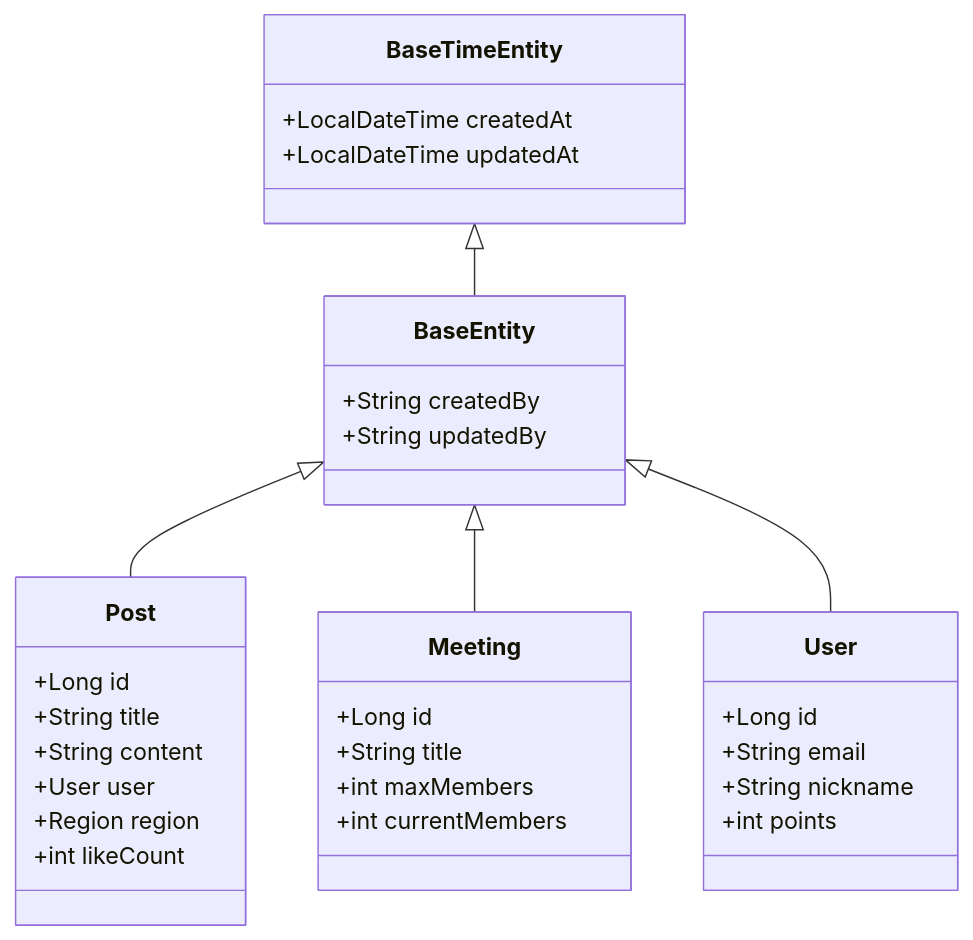
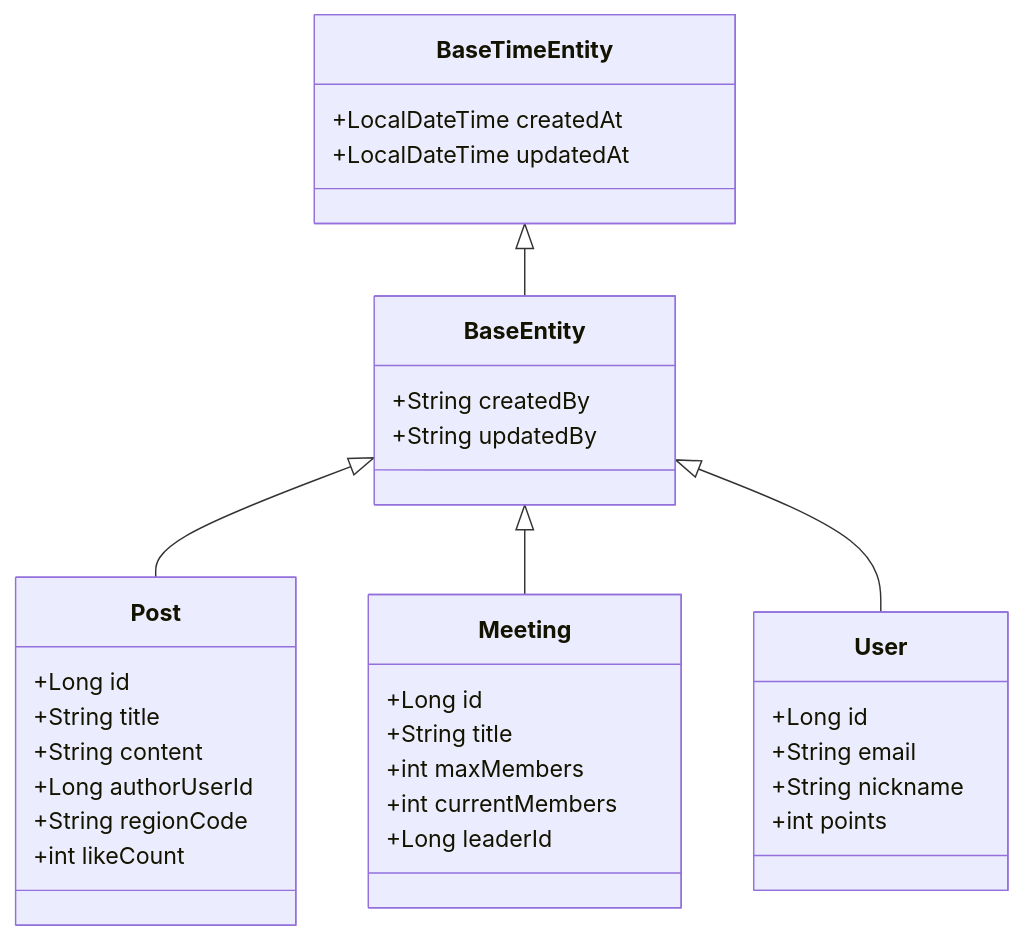
One commit to beginner0107/eventitta changed the first of 9 diagrams in docs/ARCHITECTURE.md. Above: the diagram before and after it, drawn with Mermaid. The commit also changed other lines of this file and 949 other files, not shown here.

````diff
--- a/docs/ARCHITECTURE.md
+++ b/docs/ARCHITECTURE.md
@@ -67,40 +64,41 @@
 ```mermaid
 classDiagram
     class BaseTimeEntity {
         +LocalDateTime createdAt
         +LocalDateTime updatedAt
     }
 
     class BaseEntity {
         +String createdBy
         +String updatedBy
     }
 
     class Post {
         +Long id
         +String title
         +String content
-        +User user
-        +Region region
+        +Long authorUserId
+        +String regionCode
         +int likeCount
     }
 
     class User {
         +Long id
         +String email
         +String nickname
         +int points
     }
 
     class Meeting {
         +Long id
         +String title
         +int maxMembers
         +int currentMembers
+        +Long leaderId
     }
 
     BaseTimeEntity <|-- BaseEntity
     BaseEntity <|-- Post
     BaseEntity <|-- Meeting
     BaseEntity <|-- User
 ```
````
